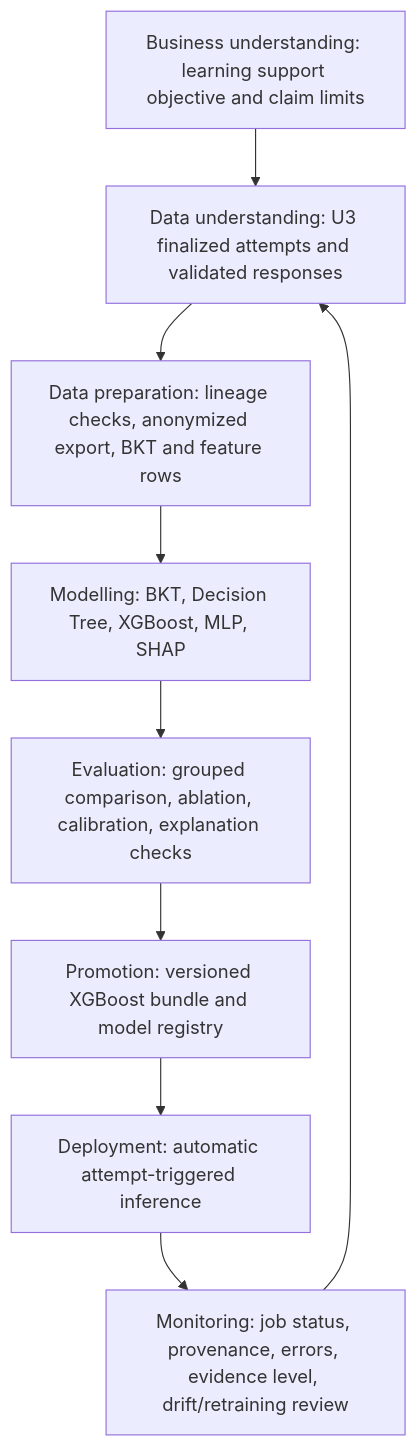
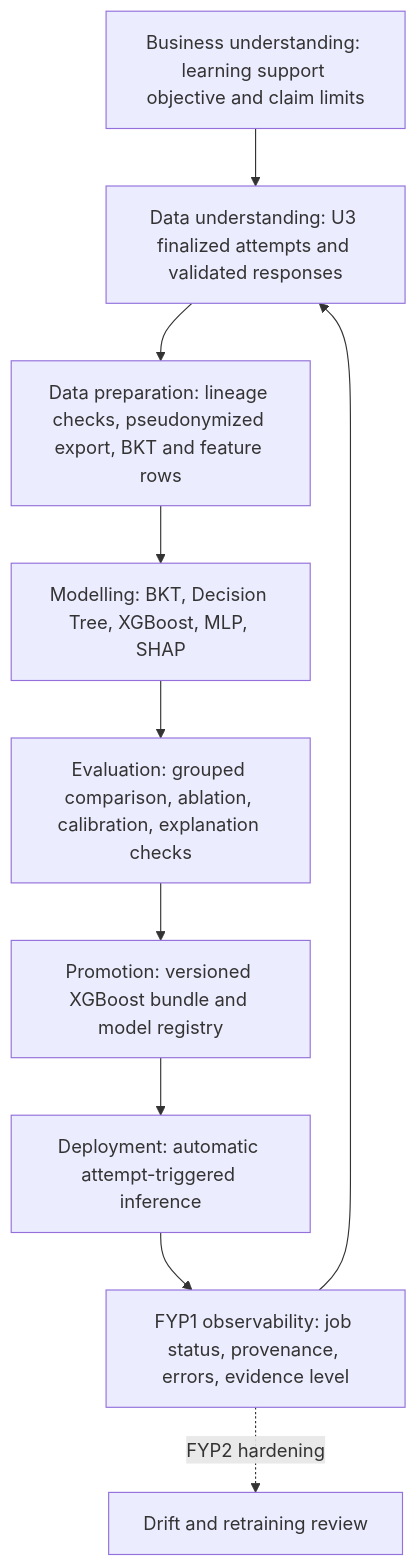
Before and after one commit to Lmivgshkt2O/logic-oasis-fyp: the diagram in docs/architecture/logic-oasis-ai-pipeline-crisp-dm.md, drawn with Mermaid. The commit also changed other lines of this file and 3 other files, not shown here.

Commit message:
docs(architecture): add canonical implementation and schema contracts

````diff
--- a/docs/architecture/logic-oasis-ai-pipeline-crisp-dm.md
+++ b/docs/architecture/logic-oasis-ai-pipeline-crisp-dm.md
@@ -87,11 +88,12 @@
 ```mermaid
 flowchart TB
   A[Business understanding: learning support objective and claim limits] --> B[Data understanding: U3 finalized attempts and validated responses]
-  B --> C[Data preparation: lineage checks, anonymized export, BKT and feature rows]
+  B --> C[Data preparation: lineage checks, pseudonymized export, BKT and feature rows]
   C --> D[Modelling: BKT, Decision Tree, XGBoost, MLP, SHAP]
   D --> E[Evaluation: grouped comparison, ablation, calibration, explanation checks]
   E --> F[Promotion: versioned XGBoost bundle and model registry]
   F --> G[Deployment: automatic attempt-triggered inference]
-  G --> H[Monitoring: job status, provenance, errors, evidence level, drift/retraining review]
+  G --> H[FYP1 observability: job status, provenance, errors, evidence level]
   H --> B
+  H -. FYP2 hardening .-> I[Drift and retraining review]
 ```
````
